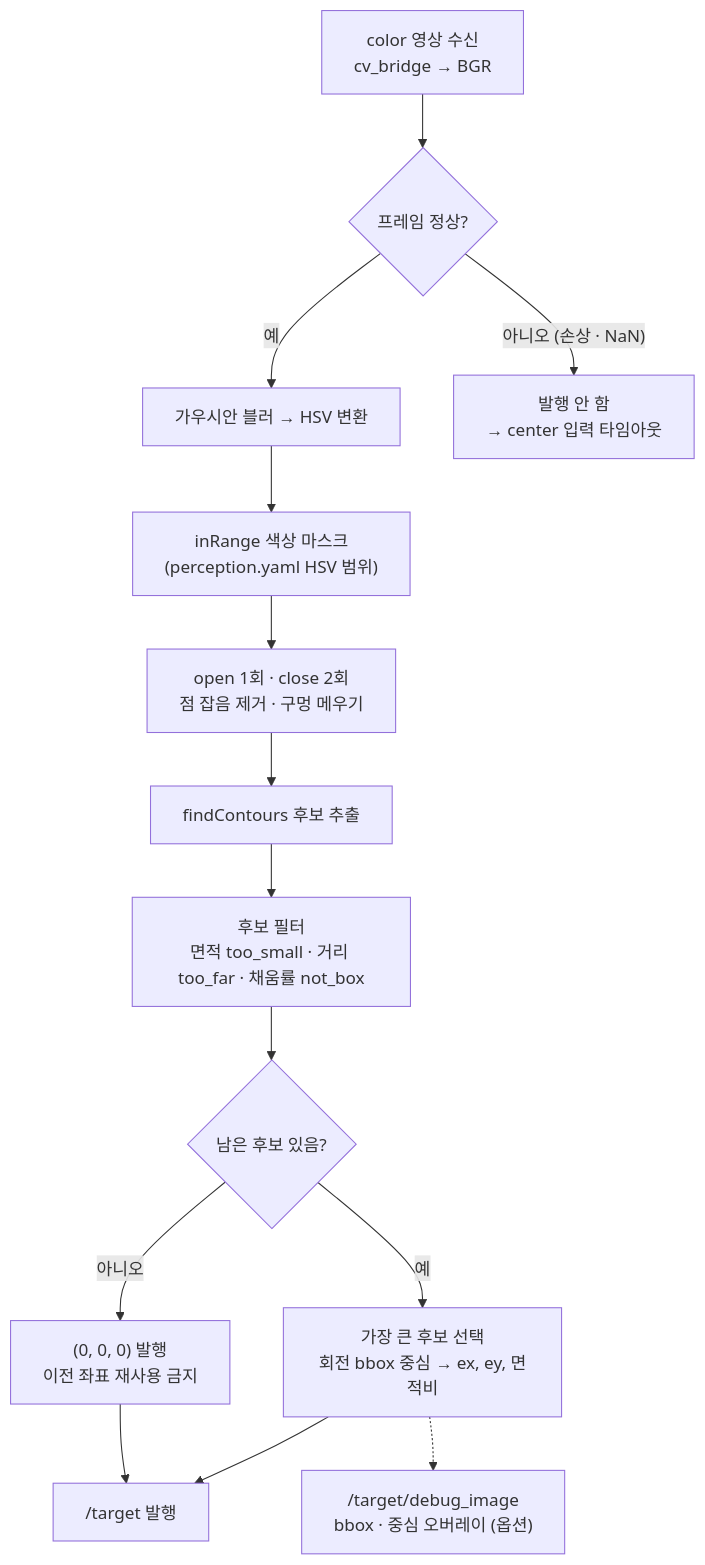
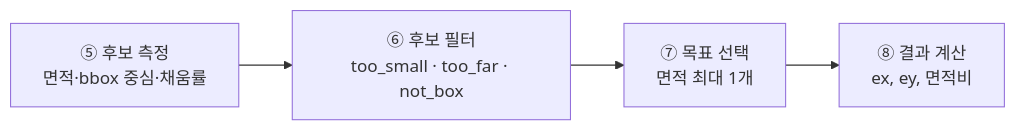
The third of 7 diagrams in lv2_module5/presentation.md (cowsjh/Lv2_Horus_Assignment), drawn with Mermaid before and after one commit. The commit also changed other lines of this file and 79 other files, not shown here.

````diff
--- a/lv2_module5/presentation.md
+++ b/lv2_module5/presentation.md
@@ -151,23 +118,4 @@
 ```mermaid
-flowchart TD
-  A["color 영상 수신<br/>cv_bridge → BGR"]
-  A0{"프레임 정상?"}
-  B["가우시안 블러 → HSV 변환"]
-  C["inRange 색상 마스크<br/>(perception.yaml HSV 범위)"]
-  D["open 1회 · close 2회<br/>점 잡음 제거 · 구멍 메우기"]
-  E["findContours 후보 추출"]
-  F["후보 필터<br/>면적 too_small · 거리 too_far · 채움률 not_box"]
-  G{"남은 후보 있음?"}
-  H["가장 큰 후보 선택<br/>회전 bbox 중심 → ex, ey, 면적비"]
-  I["(0, 0, 0) 발행<br/>이전 좌표 재사용 금지"]
-  J["/target 발행"]
-  X["발행 안 함<br/>→ center 입력 타임아웃"]
-  K["/target/debug_image<br/>bbox · 중심 오버레이 (옵션)"]
-
-  A --> A0
-  A0 -->|"예"| B --> C --> D --> E --> F --> G
-  A0 -->|"아니오 (손상 · NaN)"| X
-  G -->|"예"| H --> J
-  G -->|"아니오"| I --> J
-  H -.-> K
+flowchart LR
+  E["⑤ 후보 측정<br/>면적·bbox 중심·채움률"] --> F["⑥ 후보 필터<br/>too_small · too_far · not_box"] --> G["⑦ 목표 선택<br/>면적 최대 1개"] --> H["⑧ 결과 계산<br/>ex, ey, 면적비"]
 ```
````
